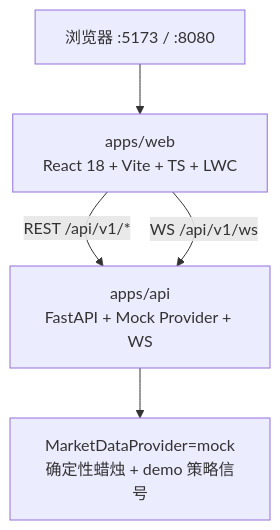
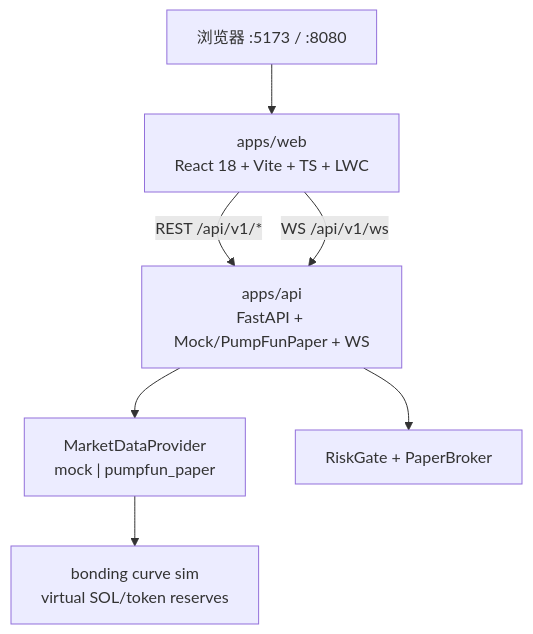
Before and after one commit to Douriff/AUU: the diagram in README.md, drawn with Mermaid. The commit also changed other lines of this file and 32 other files, not shown here.

First line of the commit message:
feat: switch venue to pump.fun paper/mock bonding curve

````diff
--- a/README.md
+++ b/README.md
@@ -7,10 +7,12 @@
 ```mermaid
 flowchart TB
   Browser["浏览器 :5173 / :8080"]
   Web["apps/web<br/>React 18 + Vite + TS + LWC"]
-  API["apps/api<br/>FastAPI + Mock Provider + WS"]
+  API["apps/api<br/>FastAPI + Mock/PumpFunPaper + WS"]
   Browser --> Web
   Web -->|"REST /api/v1/*"| API
   Web -->|"WS /api/v1/ws"| API
-  API --> Mock["MarketDataProvider=mock<br/>确定性蜡烛 + demo 策略信号"]
+  API --> Mock["MarketDataProvider<br/>mock | pumpfun_paper"]
+  Mock --> Curve["bonding curve sim<br/>virtual SOL/token reserves"]
+  API --> Paper["RiskGate + PaperBroker"]
 ```
````
